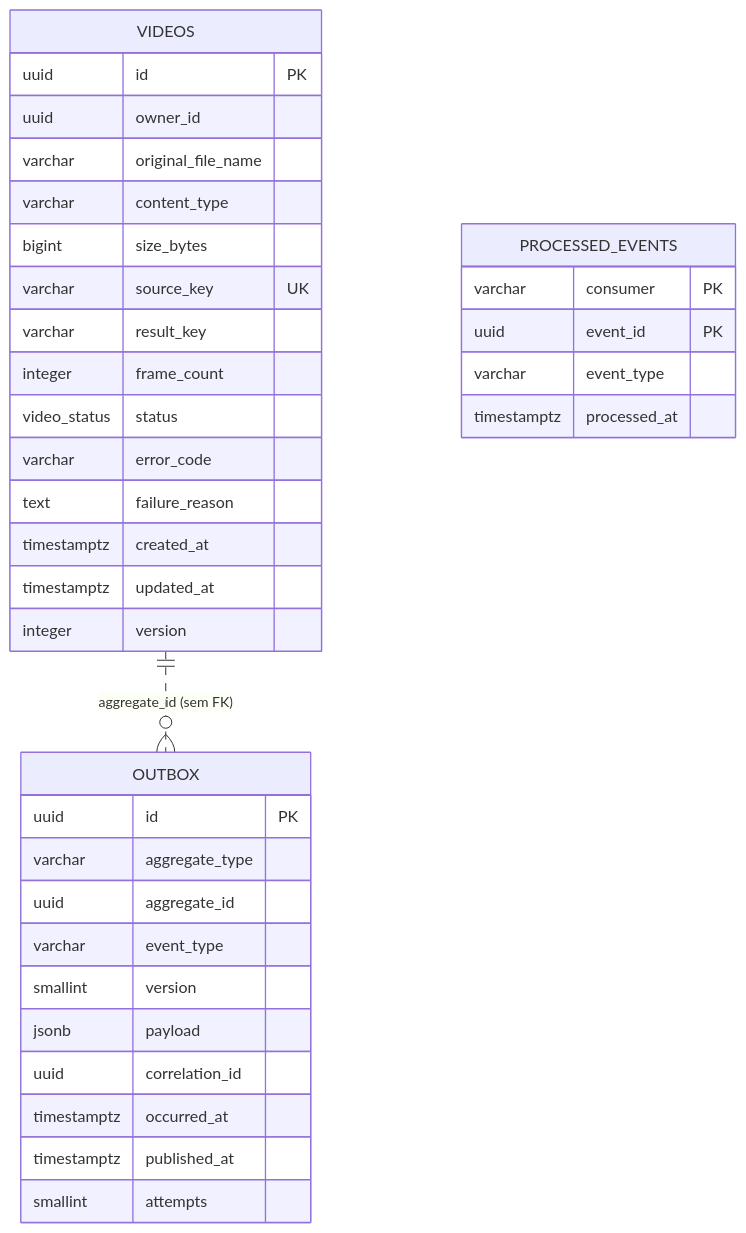
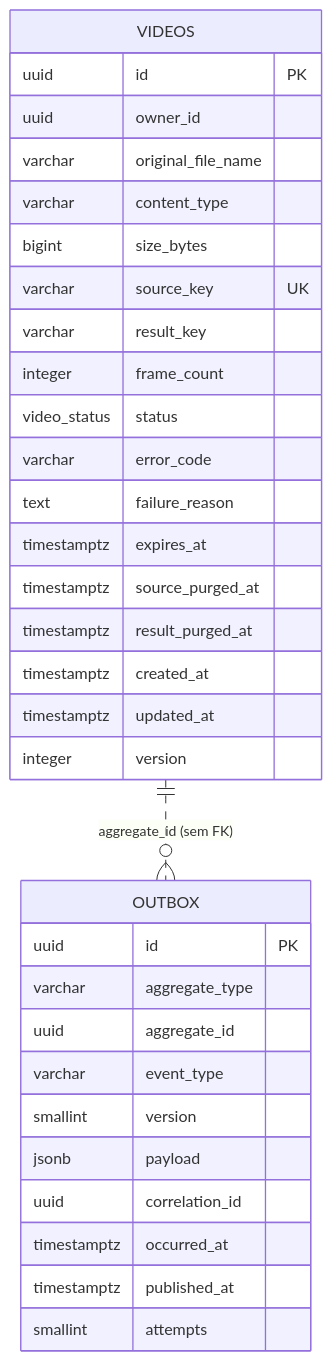
Before and after one commit to knzt/zipframes: the second of 3 diagrams in docs/data/modelagem-de-dados.md, drawn with Mermaid. The commit also changed other lines of this file and 2 other files, not shown here.

````diff
--- a/docs/data/modelagem-de-dados.md
+++ b/docs/data/modelagem-de-dados.md
@@ -118,38 +125,35 @@
 ```mermaid
 erDiagram
   VIDEOS {
     uuid id PK
     uuid owner_id
     varchar original_file_name
     varchar content_type
     bigint size_bytes
     varchar source_key UK
     varchar result_key
     integer frame_count
     video_status status
     varchar error_code
     text failure_reason
+    timestamptz expires_at
+    timestamptz source_purged_at
+    timestamptz result_purged_at
     timestamptz created_at
     timestamptz updated_at
     integer version
   }
   OUTBOX {
     uuid id PK
     varchar aggregate_type
     uuid aggregate_id
     varchar event_type
     smallint version
     jsonb payload
     uuid correlation_id
     timestamptz occurred_at
     timestamptz published_at
     smallint attempts
   }
-  PROCESSED_EVENTS {
-    varchar consumer PK
-    uuid event_id PK
-    varchar event_type
-    timestamptz processed_at
-  }
   VIDEOS ||..o{ OUTBOX : "aggregate_id (sem FK)"
 ```
````
